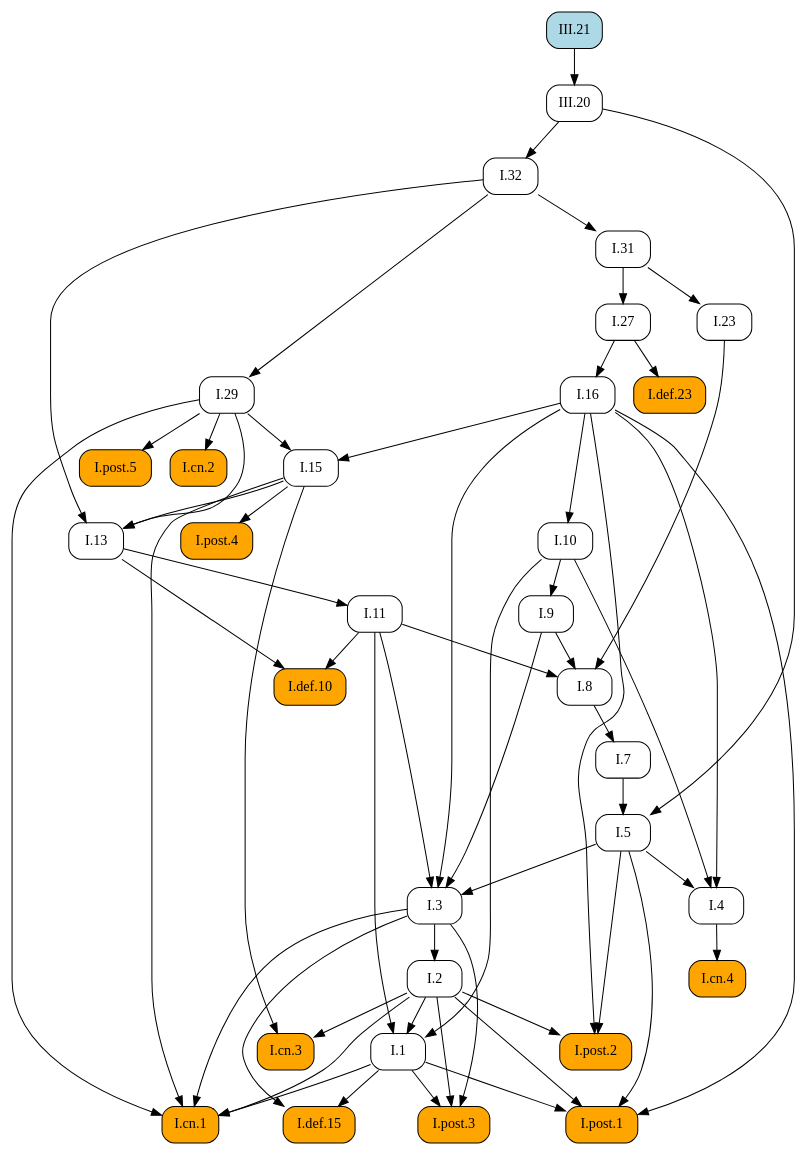
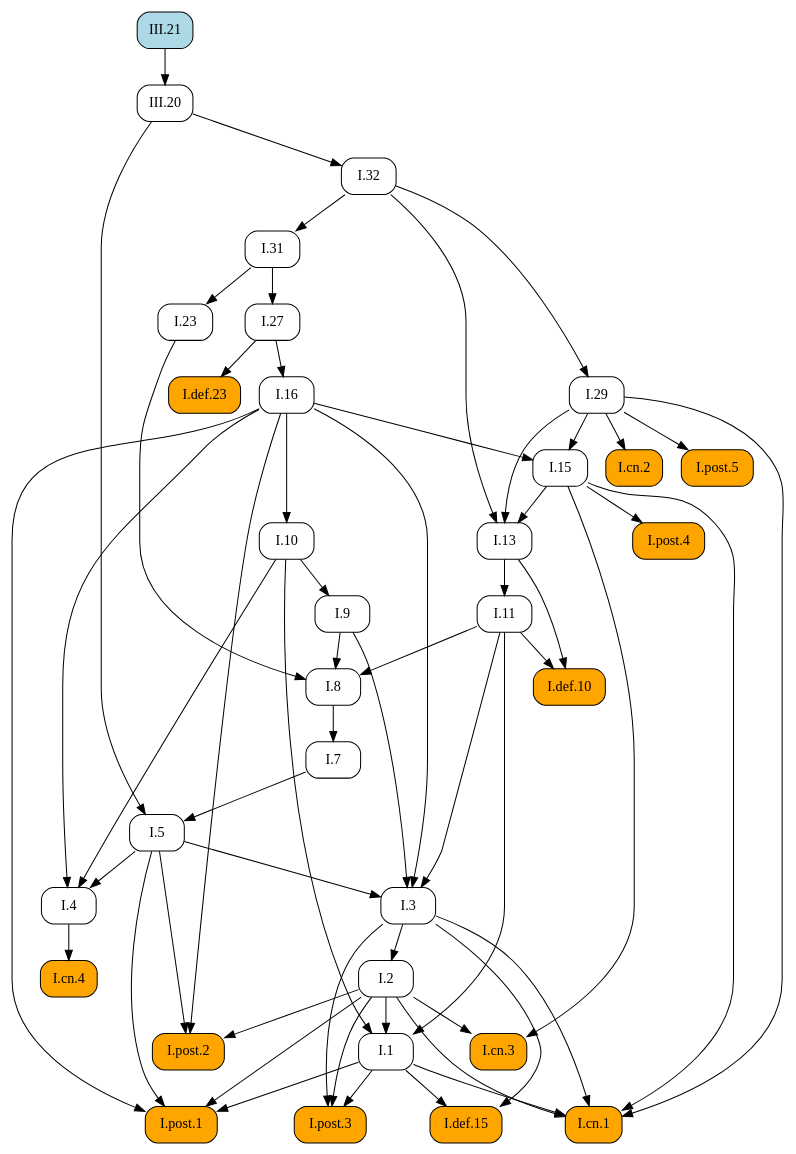
One commit to geometor/elements changed the diagram in docsrc/elements2/III/21/index.rst. Above: the diagram before and after it, drawn with Graphviz. The commit also changed other lines of this file and 171 other files, not shown here.

```diff
--- a/docsrc/elements2/III/21/index.rst
+++ b/docsrc/elements2/III/21/index.rst
@@ -50,94 +50,94 @@
    digraph {
      rankdir="TB";
      node [shape=box, style=rounded];
+     "I.8" [URL="/elements2/I/8/", target="_top"];
+     "I.32" [URL="/elements2/I/32/", target="_top"];
+     "I.1" [URL="/elements2/I/1/", target="_top"];
+     "I.cn.4" [style="rounded,filled", fillcolor=orange, URL="/elements2/I/cn.4/", target="_top"];
+     "I.cn.3" [style="rounded,filled", fillcolor=orange, URL="/elements2/I/cn.3/", target="_top"];
+     "III.20" [URL="/elements2/III/20/", target="_top"];
+     "I.7" [URL="/elements2/I/7/", target="_top"];
+     "III.21" [style="rounded,filled", fillcolor=lightblue, URL="/elements2/III/21/", target="_top"];
+     "I.post.1" [style="rounded,filled", fillcolor=orange, URL="/elements2/I/post.1/", target="_top"];
+     "I.9" [URL="/elements2/I/9/", target="_top"];
+     "I.5" [URL="/elements2/I/5/", target="_top"];
+     "I.post.5" [style="rounded,filled", fillcolor=orange, URL="/elements2/I/post.5/", target="_top"];
+     "I.cn.1" [style="rounded,filled", fillcolor=orange, URL="/elements2/I/cn.1/", target="_top"];
+     "I.29" [URL="/elements2/I/29/", target="_top"];
+     "I.def.10" [style="rounded,filled", fillcolor=orange, URL="/elements2/I/def.10/", target="_top"];
+     "I.post.4" [style="rounded,filled", fillcolor=orange, URL="/elements2/I/post.4/", target="_top"];
      "I.16" [URL="/elements2/I/16/", target="_top"];
-     "I.def.10" [style="rounded,filled", fillcolor=orange, URL="/elements2/I/def.10/", target="_top"];
+     "I.cn.2" [style="rounded,filled", fillcolor=orange, URL="/elements2/I/cn.2/", target="_top"];
+     "I.13" [URL="/elements2/I/13/", target="_top"];
+     "I.2" [URL="/elements2/I/2/", target="_top"];
+     "I.27" [URL="/elements2/I/27/", target="_top"];
+     "I.def.15" [style="rounded,filled", fillcolor=orange, URL="/elements2/I/def.15/", target="_top"];
+     "I.4" [URL="/elements2/I/4/", target="_top"];
      "I.def.23" [style="rounded,filled", fillcolor=orange, URL="/elements2/I/def.23/", target="_top"];
-     "I.9" [URL="/elements2/I/9/", target="_top"];
-     "I.2" [URL="/elements2/I/2/", target="_top"];
-     "I.32" [URL="/elements2/I/32/", target="_top"];
-     "I.cn.2" [style="rounded,filled", fillcolor=orange, URL="/elements2/I/cn.2/", target="_top"];
+     "I.31" [URL="/elements2/I/31/", target="_top"];
+     "I.11" [URL="/elements2/I/11/", target="_top"];
+     "I.10" [URL="/elements2/I/10/", target="_top"];
      "I.15" [URL="/elements2/I/15/", target="_top"];
-     "I.post.5" [style="rounded,filled", fillcolor=orange, URL="/elements2/I/post.5/", target="_top"];
+     "I.3" [URL="/elements2/I/3/", target="_top"];
+     "I.post.2" [style="rounded,filled", fillcolor=orange, URL="/elements2/I/post.2/", target="_top"];
      "I.23" [URL="/elements2/I/23/", target="_top"];
-     "I.8" [URL="/elements2/I/8/", target="_top"];
-     "III.20" [URL="/elements2/III/20/", target="_top"];
-     "I.def.15" [style="rounded,filled", fillcolor=orange, URL="/elements2/I/def.15/", target="_top"];
-     "I.cn.4" [style="rounded,filled", fillcolor=orange, URL="/elements2/I/cn.4/", target="_top"];
      "I.post.3" [style="rounded,filled", fillcolor=orange, URL="/elements2/I/post.3/", target="_top"];
-     "III.21" [style="rounded,filled", fillcolor=lightblue, URL="/elements2/III/21/", target="_top"];
-     "I.1" [URL="/elements2/I/1/", target="_top"];
-     "I.27" [URL="/elements2/I/27/", target="_top"];
-     "I.post.2" [style="rounded,filled", fillcolor=orange, URL="/elements2/I/post.2/", target="_top"];
-     "I.13" [URL="/elements2/I/13/", target="_top"];
-     "I.31" [URL="/elements2/I/31/", target="_top"];
-     "I.10" [URL="/elements2/I/10/", target="_top"];
-     "I.post.1" [style="rounded,filled", fillcolor=orange, URL="/elements2/I/post.1/", target="_top"];
-     "I.7" [URL="/elements2/I/7/", target="_top"];
-     "I.post.4" [style="rounded,filled", fillcolor=orange, URL="/elements2/I/post.4/", target="_top"];
-     "I.cn.1" [style="rounded,filled", fillcolor=orange, URL="/elements2/I/cn.1/", target="_top"];
-     "I.3" [URL="/elements2/I/3/", target="_top"];
-     "I.cn.3" [style="rounded,filled", fillcolor=orange, URL="/elements2/I/cn.3/", target="_top"];
-     "I.11" [URL="/elements2/I/11/", target="_top"];
-     "I.29" [URL="/elements2/I/29/", target="_top"];
-     "I.5" [URL="/elements2/I/5/", target="_top"];
-     "I.4" [URL="/elements2/I/4/", target="_top"];
-     "I.27" -> "I.16";
-     "I.11" -> "I.def.10";
-     "I.13" -> "I.def.10";
-     "I.27" -> "I.def.23";
-     "I.10" -> "I.9";
-     "I.3" -> "I.2";
-     "III.20" -> "I.32";
-     "I.29" -> "I.cn.2";
-     "I.16" -> "I.15";
-     "I.29" -> "I.15";
-     "I.29" -> "I.post.5";
-     "I.31" -> "I.23";
      "I.9" -> "I.8";
      "I.11" -> "I.8";
      "I.23" -> "I.8";
-     "III.21" -> "III.20";
-     "I.1" -> "I.def.15";
-     "I.3" -> "I.def.15";
-     "I.4" -> "I.cn.4";
-     "I.1" -> "I.post.3";
-     "I.2" -> "I.post.3";
-     "I.3" -> "I.post.3";
+     "III.20" -> "I.32";
      "I.2" -> "I.1";
      "I.10" -> "I.1";
      "I.11" -> "I.1";
-     "I.31" -> "I.27";
-     "I.2" -> "I.post.2";
-     "I.5" -> "I.post.2";
-     "I.16" -> "I.post.2";
-     "I.15" -> "I.13";
-     "I.29" -> "I.13";
-     "I.32" -> "I.13";
-     "I.32" -> "I.31";
-     "I.16" -> "I.10";
+     "I.4" -> "I.cn.4";
+     "I.2" -> "I.cn.3";
+     "I.15" -> "I.cn.3";
+     "III.21" -> "III.20";
+     "I.8" -> "I.7";
      "I.1" -> "I.post.1";
      "I.2" -> "I.post.1";
      "I.5" -> "I.post.1";
      "I.16" -> "I.post.1";
-     "I.8" -> "I.7";
-     "I.15" -> "I.post.4";
+     "I.10" -> "I.9";
+     "I.7" -> "I.5";
+     "III.20" -> "I.5";
+     "I.29" -> "I.post.5";
      "I.1" -> "I.cn.1";
      "I.2" -> "I.cn.1";
      "I.3" -> "I.cn.1";
      "I.15" -> "I.cn.1";
      "I.29" -> "I.cn.1";
+     "I.32" -> "I.29";
+     "I.11" -> "I.def.10";
+     "I.13" -> "I.def.10";
+     "I.15" -> "I.post.4";
+     "I.27" -> "I.16";
+     "I.29" -> "I.cn.2";
+     "I.15" -> "I.13";
+     "I.29" -> "I.13";
+     "I.32" -> "I.13";
+     "I.3" -> "I.2";
+     "I.31" -> "I.27";
+     "I.1" -> "I.def.15";
+     "I.3" -> "I.def.15";
+     "I.5" -> "I.4";
+     "I.10" -> "I.4";
+     "I.16" -> "I.4";
+     "I.27" -> "I.def.23";
+     "I.32" -> "I.31";
+     "I.13" -> "I.11";
+     "I.16" -> "I.10";
+     "I.16" -> "I.15";
+     "I.29" -> "I.15";
      "I.5" -> "I.3";
      "I.9" -> "I.3";
      "I.11" -> "I.3";
      "I.16" -> "I.3";
-     "I.2" -> "I.cn.3";
-     "I.15" -> "I.cn.3";
-     "I.13" -> "I.11";
-     "I.32" -> "I.29";
-     "I.7" -> "I.5";
-     "III.20" -> "I.5";
-     "I.5" -> "I.4";
-     "I.10" -> "I.4";
-     "I.16" -> "I.4";
+     "I.2" -> "I.post.2";
+     "I.5" -> "I.post.2";
+     "I.16" -> "I.post.2";
+     "I.31" -> "I.23";
+     "I.1" -> "I.post.3";
+     "I.2" -> "I.post.3";
+     "I.3" -> "I.post.3";
    }
```
